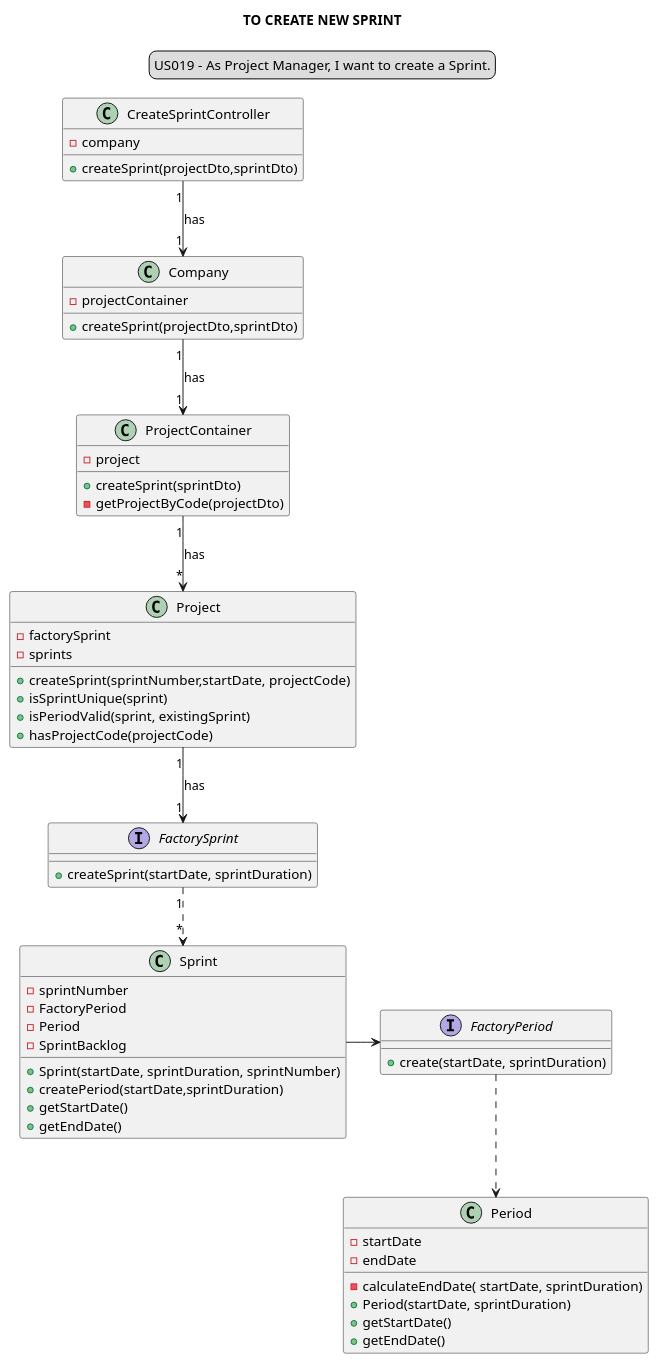
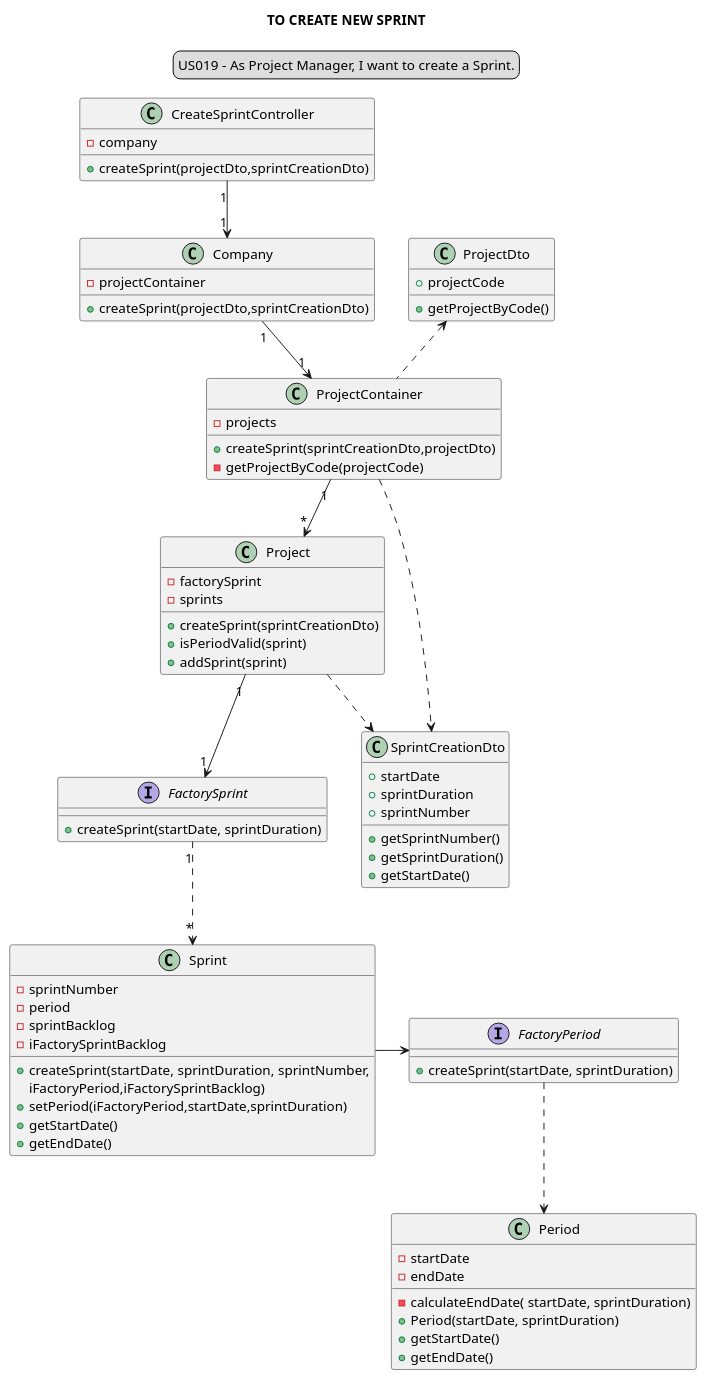
Before and after one commit to Loracline/project_switch_22-23: the diagram in docs/modelling_design/user_stories/sprint03/us019/US019_classDiagram.puml, drawn with PlantUML. The commit also changed 1 other file, not shown here.

```diff
--- a/docs/modelling_design/user_stories/sprint03/us019/US019_classDiagram.puml
+++ b/docs/modelling_design/user_stories/sprint03/us019/US019_classDiagram.puml
@@ -1,70 +1,91 @@
 @startuml
 'https://plantuml.com/class-diagram
 skinparam sequenceMessageAlign center
 title TO CREATE NEW SPRINT
 legend top
 US019 - As Project Manager, I want to create a Sprint.
 end legend
 
 class CreateSprintController {
 - company
-+ createSprint(projectDto,sprintDto)
++ createSprint(projectDto,sprintCreationDto)
 }
-CreateSprintController "1"-->"1" Company: has
+CreateSprintController "1"-->"1" Company
 
 class Company {
 -projectContainer
-+createSprint(projectDto,sprintDto)
++createSprint(projectDto,sprintCreationDto)
 }
-Company "1"-->"1" ProjectContainer : has
+Company "1"-->"1" ProjectContainer
 
 class ProjectContainer {
--project
-+createSprint(sprintDto)
--getProjectByCode(projectDto)
+-projects
++ createSprint(sprintCreationDto,projectDto)
+-getProjectByCode(projectCode)
 }
-ProjectContainer "1"-->"*" Project: has
+ProjectContainer "1"-->"*" Project
 
 class Project {
 -factorySprint
 -sprints
-+createSprint(sprintNumber,startDate, projectCode)
-+isSprintUnique(sprint)
-+isPeriodValid(sprint, existingSprint)
-+hasProjectCode(projectCode)
++createSprint(sprintCreationDto)
++isPeriodValid(sprint)
++addSprint(sprint)
 }
-Project "1"-->"1" FactorySprint: has
+Project "1"-->"1" FactorySprint
 
 interface FactorySprint {
 +createSprint(startDate, sprintDuration)
 }
 
 class Sprint {
 -sprintNumber
--FactoryPeriod
--Period
--SprintBacklog
-+Sprint(startDate, sprintDuration, sprintNumber)
-+createPeriod(startDate,sprintDuration)
+-period
+-sprintBacklog
+-iFactorySprintBacklog
++createSprint(startDate, sprintDuration, sprintNumber,
+iFactoryPeriod,iFactorySprintBacklog)
++setPeriod(iFactoryPeriod,startDate,sprintDuration)
 +getStartDate()
 +getEndDate()
 }
 
 Sprint -> FactoryPeriod
 FactorySprint "1"..> "*"Sprint
 
 interface FactoryPeriod {
-+create(startDate, sprintDuration)
++createSprint(startDate, sprintDuration)
 }
 
 FactoryPeriod ..> Period
 
 class Period {
 -startDate
 -endDate
 -calculateEndDate( startDate, sprintDuration)
 +Period(startDate, sprintDuration)
 +getStartDate()
 +getEndDate()
 }
+
+class "SprintCreationDto"{
++startDate
++sprintDuration
++sprintNumber
++getSprintNumber()
++getSprintDuration()
++getStartDate()
+}
+
+
+class "ProjectDto"{
++projectCode
++getProjectByCode()
+}
+"ProjectDto"<.. "ProjectContainer"
+
+"ProjectContainer"..>"SprintCreationDto"
+"Project"..> "SprintCreationDto"
+
+
 @enduml
```
